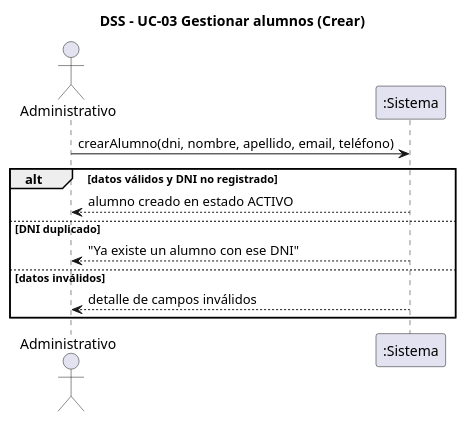
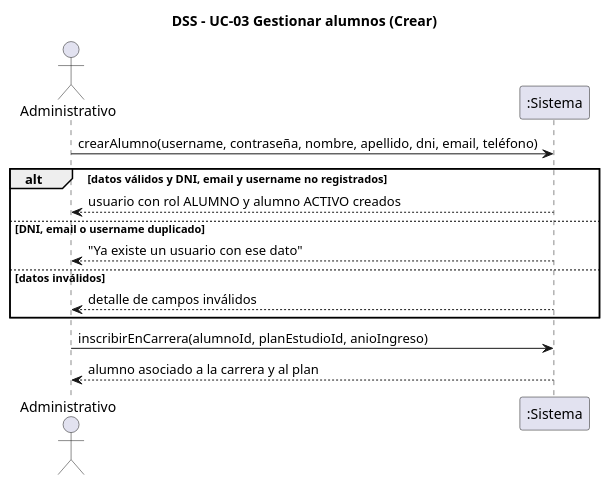
One commit to ISMAELALTHENOFER/BACKOFFICE-ACADEMICO-ITEC-N-1 changed the diagram in document/diagramas/12-dss-crear-alumno.puml. Above: the diagram before and after it, drawn with PlantUML. The commit also changed 41 other files, not shown here.

```diff
--- a/document/diagramas/12-dss-crear-alumno.puml
+++ b/document/diagramas/12-dss-crear-alumno.puml
@@ -1,14 +1,16 @@
 @startuml dss-crear-alumno
 skinparam shadowing false
 title DSS - UC-03 Gestionar alumnos (Crear)
 actor "Administrativo" as U
 participant ":Sistema" as S
-U -> S : crearAlumno(dni, nombre, apellido, email, teléfono)
-alt datos válidos y DNI no registrado
-  S --> U : alumno creado en estado ACTIVO
-else DNI duplicado
-  S --> U : "Ya existe un alumno con ese DNI"
+U -> S : crearAlumno(username, contraseña, nombre, apellido, dni, email, teléfono)
+alt datos válidos y DNI, email y username no registrados
+  S --> U : usuario con rol ALUMNO y alumno ACTIVO creados
+else DNI, email o username duplicado
+  S --> U : "Ya existe un usuario con ese dato"
 else datos inválidos
   S --> U : detalle de campos inválidos
 end
+U -> S : inscribirEnCarrera(alumnoId, planEstudioId, anioIngreso)
+S --> U : alumno asociado a la carrera y al plan
 @enduml
```
